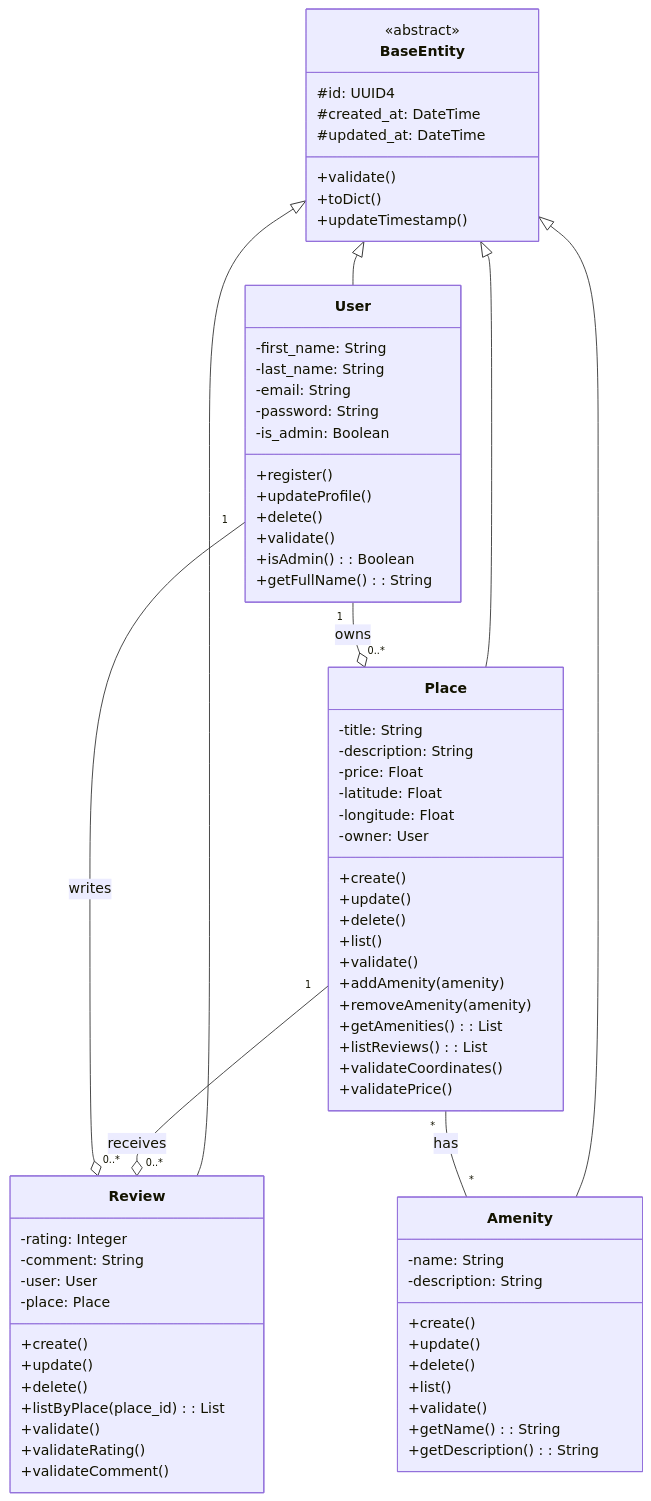
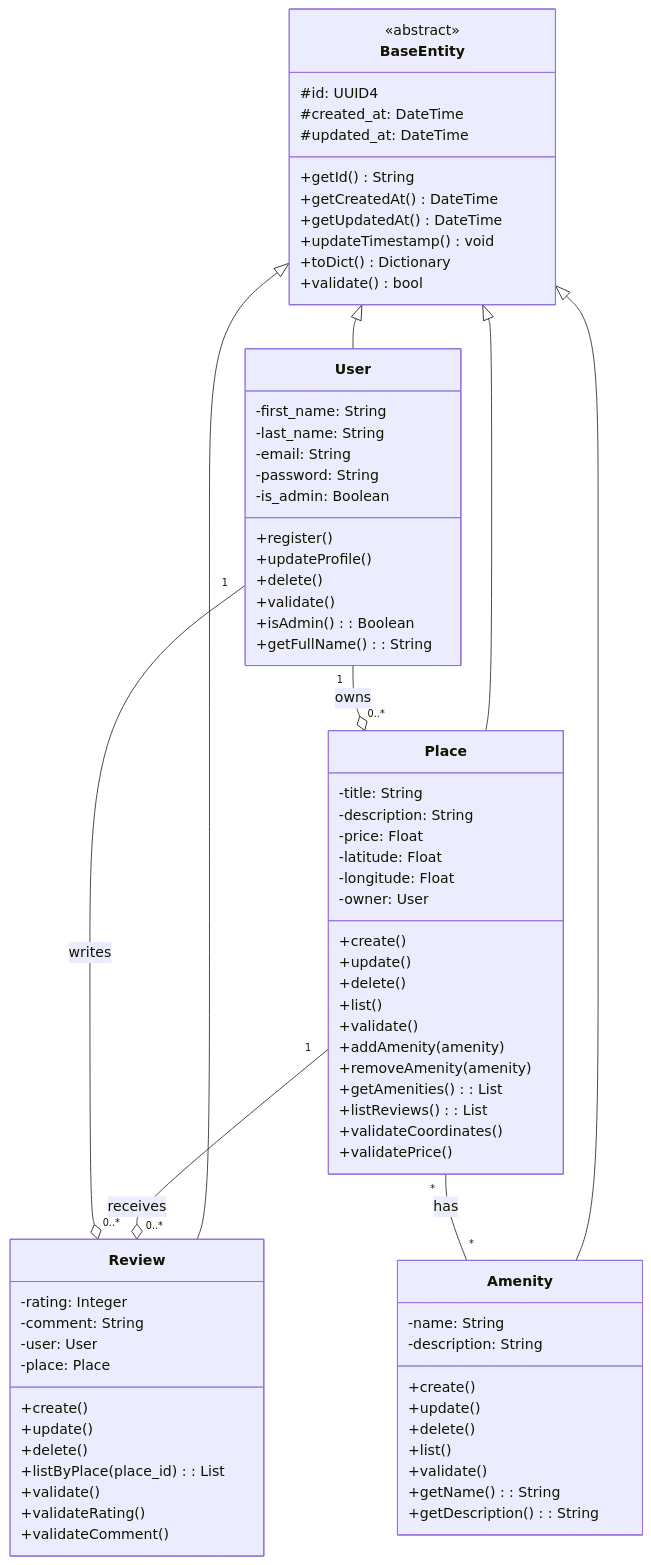
Before and after one commit to Munirahenad/holbertonschool-hbnb: the second of 6 diagrams in part1/HBnB_Technical_Documentation.md, drawn with Mermaid.

Commit message:
docs: create comprehensive technical documentation

```diff
--- a/part1/HBnB_Technical_Documentation.md
+++ b/part1/HBnB_Technical_Documentation.md
@@ -256,9 +256,12 @@
         #id: UUID4
         #created_at: DateTime
         #updated_at: DateTime
-        +validate()
-        +toDict()
-        +updateTimestamp()
+        +getId() String
+        +getCreatedAt() DateTime
+        +getUpdatedAt() DateTime
+        +updateTimestamp() void
+        +toDict() Dictionary
+        +validate() bool
     }
     
     class User {
```
